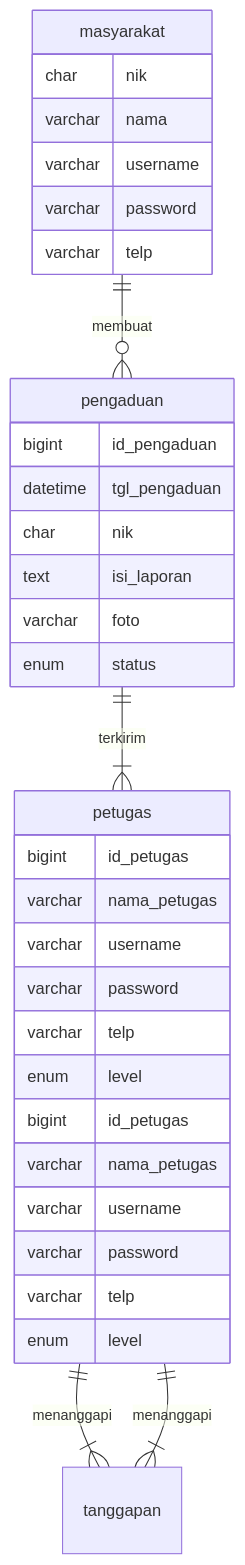
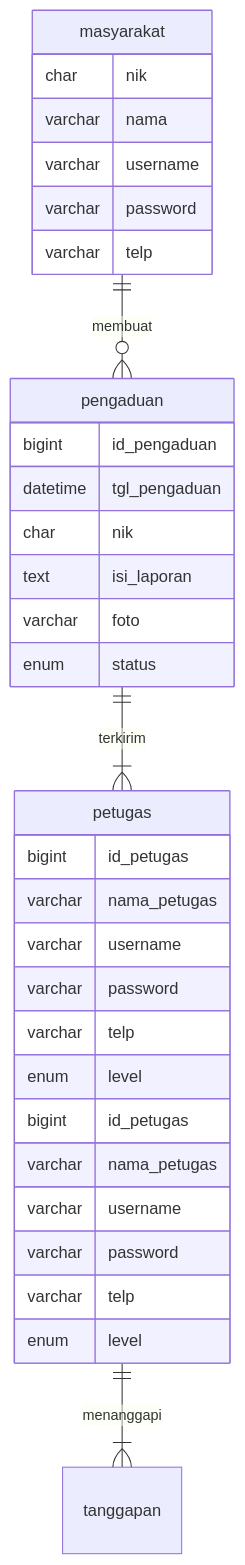
Before and after one commit to fauzanzianulhaq/pengenalan-informatika: the diagram in job_interview.md, drawn with Mermaid.

````diff
--- a/job_interview.md
+++ b/job_interview.md
@@ -15,38 +15,37 @@
 ```mermaid
 erDiagram
     masyarakat ||--o{ pengaduan : membuat
     masyarakat {
         char nik
         varchar nama
         varchar username
         varchar password
         varchar telp
     }
     pengaduan ||--|{ petugas : terkirim
     pengaduan {
         bigint id_pengaduan
         datetime tgl_pengaduan
         char nik
         text isi_laporan
         varchar foto
         enum status
     }
     petugas ||--|{ tanggapan : menanggapi
     petugas {
         bigint id_petugas
         varchar nama_petugas
         varchar username
         varchar password
         varchar telp
         enum level
     }
-petugas ||--|{ tanggapan : menanggapi
     petugas {
         bigint id_petugas
         varchar nama_petugas
         varchar username
         varchar password
         varchar telp
         enum level
 }
 ```
````
